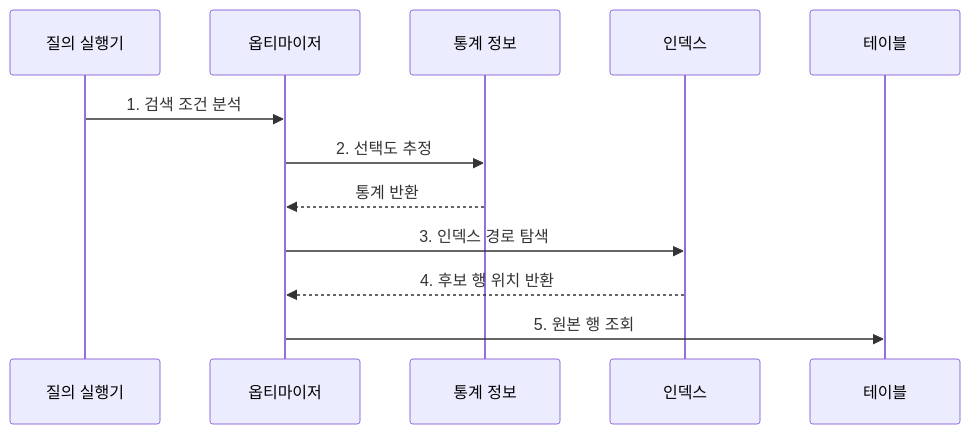
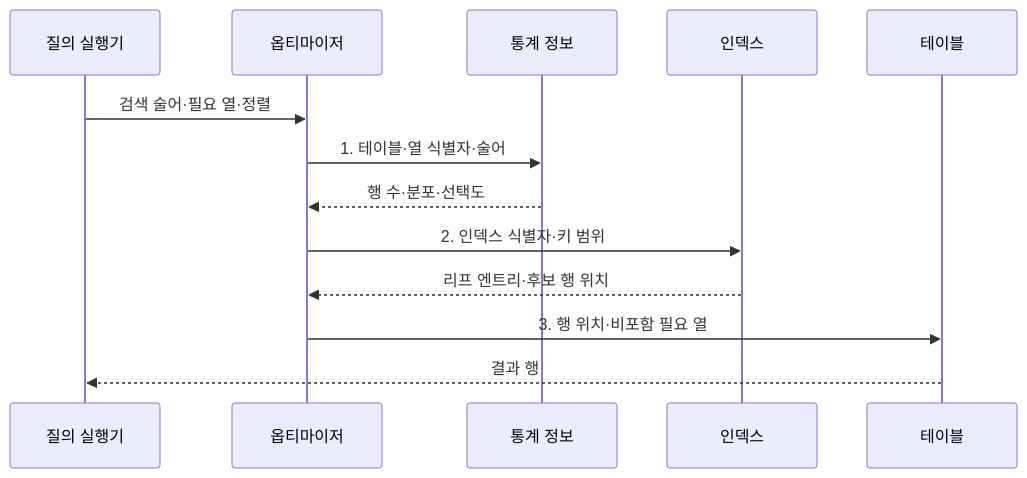
Before and after one commit to agnusdei1207/knowledge-base: the second of 2 diagrams in src/content/docs/notes/03-software/093_index_structure.md, drawn with Mermaid. The commit also changed other lines of this file and 20 other files, not shown here.

````diff
--- a/src/content/docs/notes/03-software/093_index_structure.md
+++ b/src/content/docs/notes/03-software/093_index_structure.md
@@ -78,14 +88,15 @@
 ```mermaid
 sequenceDiagram
     participant Q as 질의 실행기
     participant O as 옵티마이저
     participant S as 통계 정보
     participant I as 인덱스
     participant T as 테이블
-    Q->>O: 1. 검색 조건 분석
-    O->>S: 2. 선택도 추정
-    S-->>O: 통계 반환
-    O->>I: 3. 인덱스 경로 탐색
-    I-->>O: 4. 후보 행 위치 반환
-    O->>T: 5. 원본 행 조회
+    Q->>O: 검색 술어·필요 열·정렬
+    O->>S: 1. 테이블·열 식별자·술어
+    S-->>O: 행 수·분포·선택도
+    O->>I: 2. 인덱스 식별자·키 범위
+    I-->>O: 리프 엔트리·후보 행 위치
+    O->>T: 3. 행 위치·비포함 필요 열
+    T-->>Q: 결과 행
 ```
````
